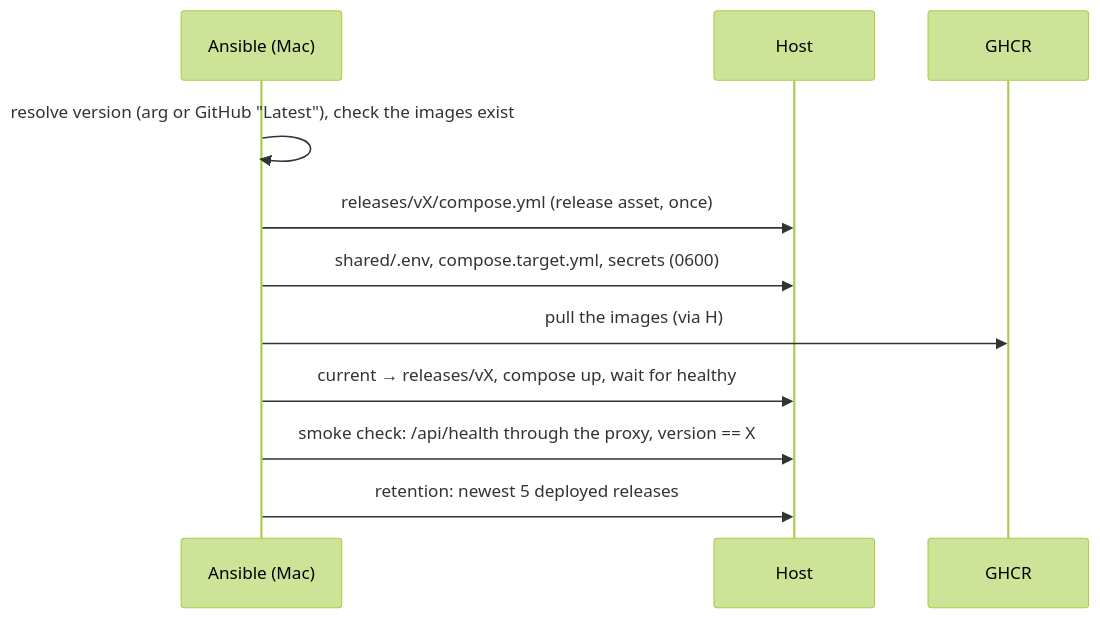
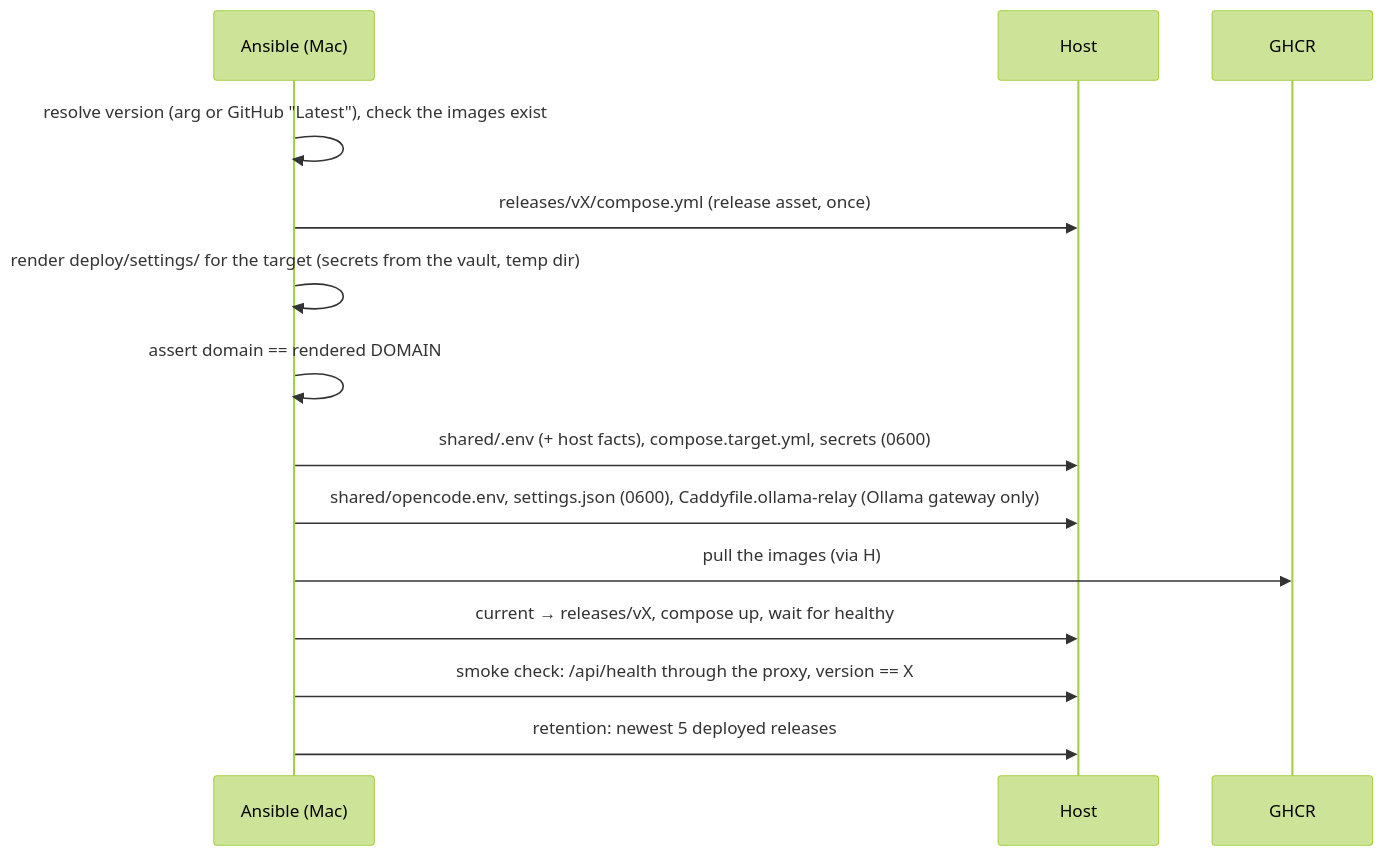
Before and after one commit to tillg/karpathy.app: the second of 5 diagrams in specs/system/deployment.md, drawn with Mermaid (forest theme). The commit also changed other lines of this file and 5 other files, not shown here.

````diff
--- a/specs/system/deployment.md
+++ b/specs/system/deployment.md
@@ -120,13 +141,16 @@
 ```mermaid
 sequenceDiagram
   participant A as Ansible (Mac)
   participant H as Host
   participant R as GHCR
   A->>A: resolve version (arg or GitHub "Latest"), check the images exist
   A->>H: releases/vX/compose.yml (release asset, once)
-  A->>H: shared/.env, compose.target.yml, secrets (0600)
+  A->>A: render deploy/settings/ for the target (secrets from the vault, temp dir)
+  A->>A: assert domain == rendered DOMAIN
+  A->>H: shared/.env (+ host facts), compose.target.yml, secrets (0600)
+  A->>H: shared/opencode.env, settings.json (0600), Caddyfile.ollama-relay (Ollama gateway only)
   A->>R: pull the images (via H)
   A->>H: current → releases/vX, compose up, wait for healthy
   A->>H: smoke check: /api/health through the proxy, version == X
   A->>H: retention: newest 5 deployed releases
 ```
````
